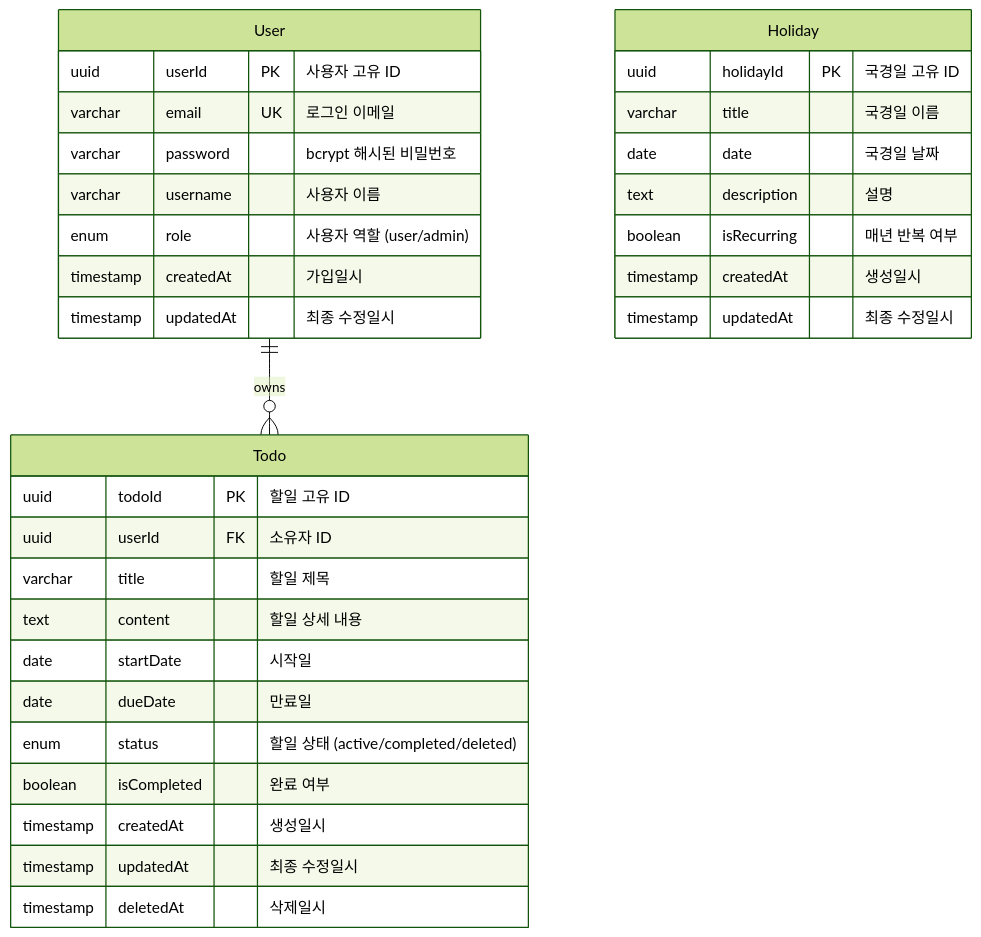
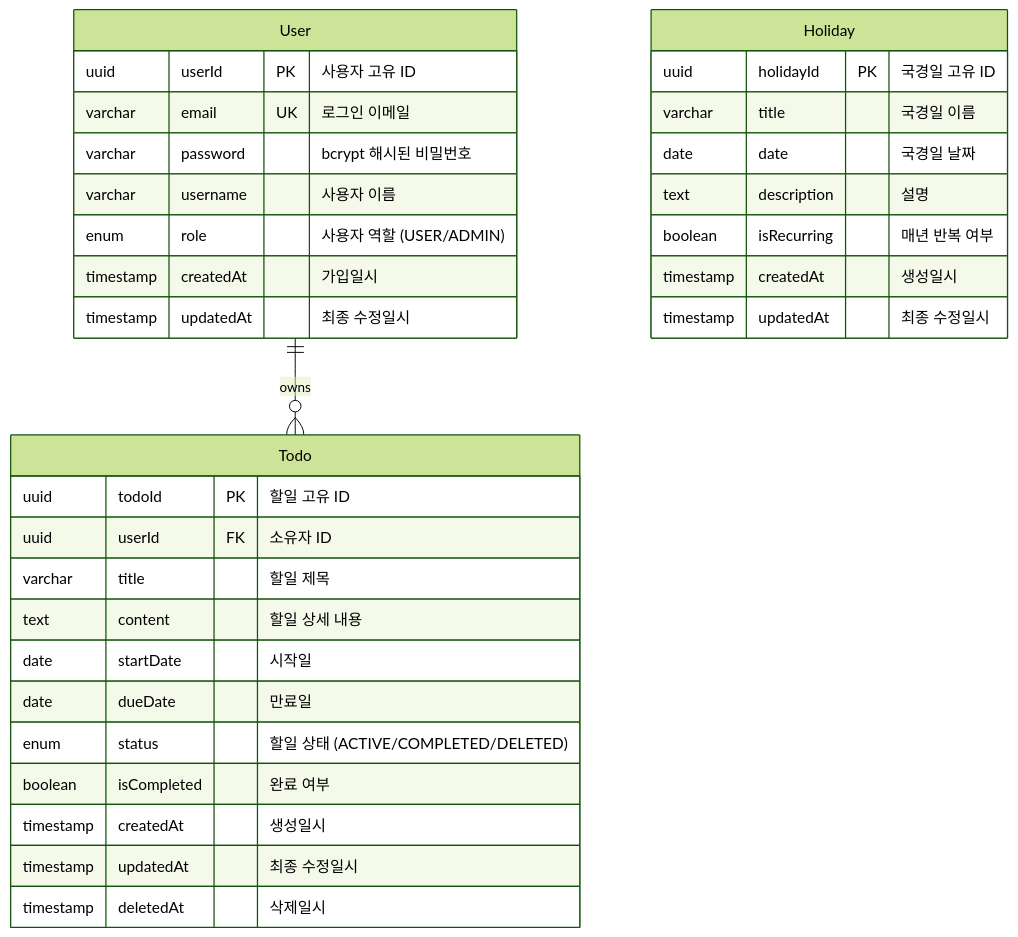
One commit to como1205/csh-todolist changed the diagram in docs/6-erd.md. Above: the diagram before and after it, drawn with Mermaid (forest theme). The commit also changed other lines of this file and 6 other files, not shown here.

````diff
--- a/docs/6-erd.md
+++ b/docs/6-erd.md
@@ -57,38 +61,38 @@
 ```mermaid
 erDiagram
     User ||--o{ Todo : "owns"
 
     User {
         uuid userId PK "사용자 고유 ID"
         varchar email UK "로그인 이메일"
         varchar password "bcrypt 해시된 비밀번호"
         varchar username "사용자 이름"
-        enum role "사용자 역할 (user/admin)"
+        enum role "사용자 역할 (USER/ADMIN)"
         timestamp createdAt "가입일시"
         timestamp updatedAt "최종 수정일시"
     }
 
     Todo {
         uuid todoId PK "할일 고유 ID"
         uuid userId FK "소유자 ID"
         varchar title "할일 제목"
         text content "할일 상세 내용"
         date startDate "시작일"
         date dueDate "만료일"
-        enum status "할일 상태 (active/completed/deleted)"
+        enum status "할일 상태 (ACTIVE/COMPLETED/DELETED)"
         boolean isCompleted "완료 여부"
         timestamp createdAt "생성일시"
         timestamp updatedAt "최종 수정일시"
         timestamp deletedAt "삭제일시"
     }
 
     Holiday {
         uuid holidayId PK "국경일 고유 ID"
         varchar title "국경일 이름"
         date date "국경일 날짜"
         text description "설명"
         boolean isRecurring "매년 반복 여부"
         timestamp createdAt "생성일시"
         timestamp updatedAt "최종 수정일시"
     }
 ```
````
